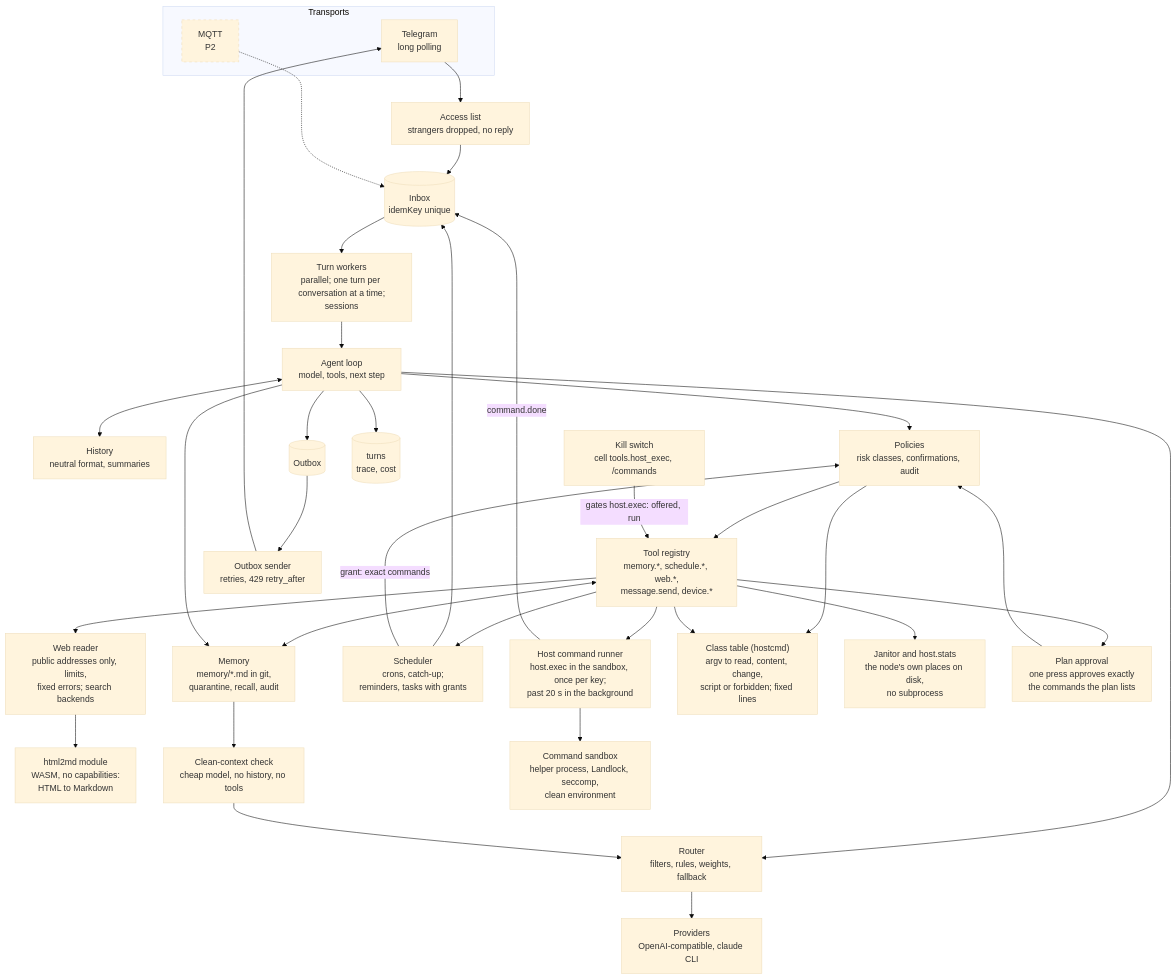
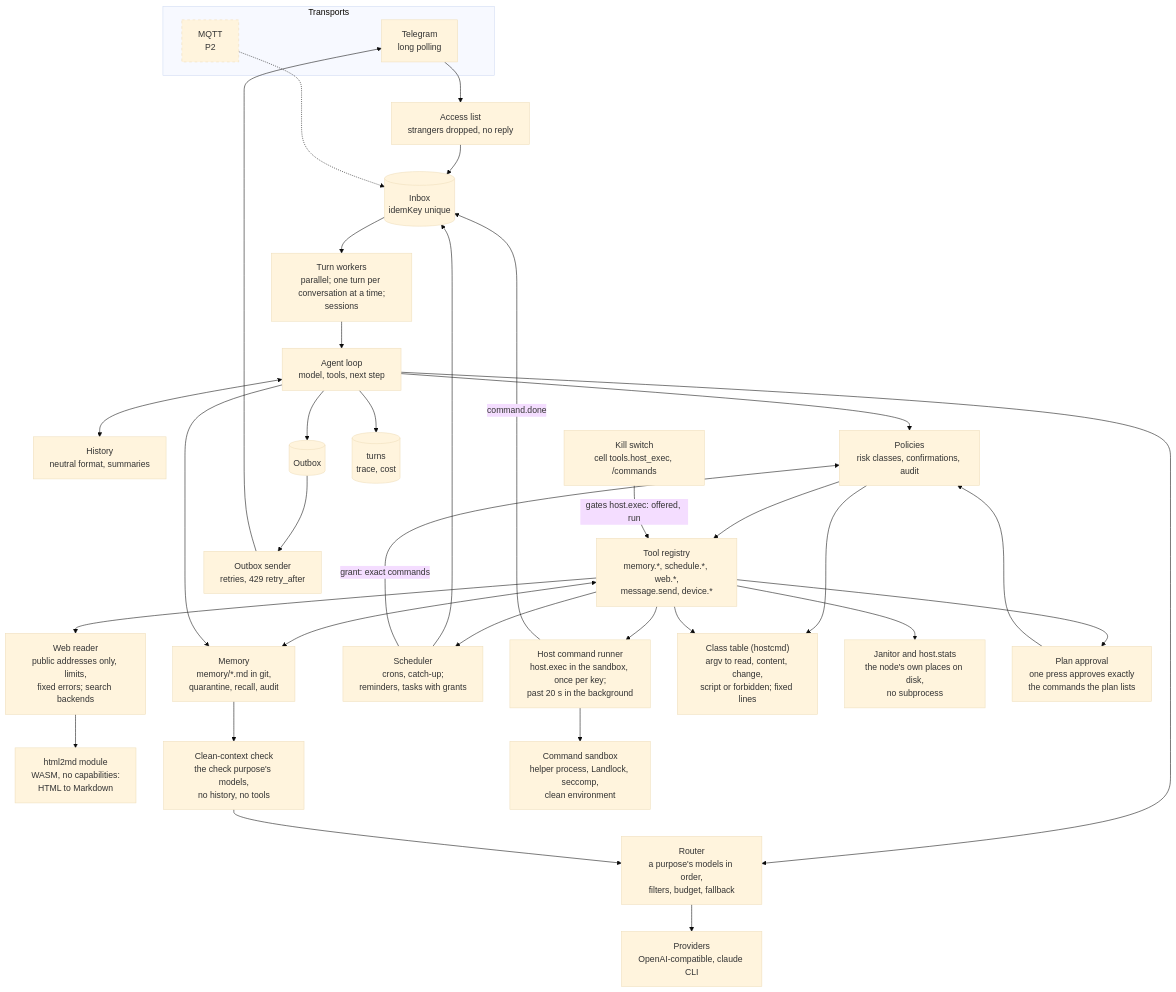
Before and after one commit to igorrius/ganglion: the first of 3 diagrams in docs/architecture/03-components.md, drawn with Mermaid (base theme). The commit also changed other lines of this file and 64 other files, not shown here.

Commit message:
settings: the node reads ganglion.yaml; models by purpose with effort; retired variables fail the start (R-CFG-1,5,7, R-RTR-6)

````diff
--- a/docs/architecture/03-components.md
+++ b/docs/architecture/03-components.md
@@ -8,67 +8,67 @@
 ```mermaid
 flowchart TB
     subgraph transports["Transports"]
         tgt["Telegram<br/>long polling"]
         mqt["MQTT<br/>P2"]
     end
 
     acl["Access list<br/>strangers dropped, no reply"]
     inbox[("Inbox<br/>idemKey unique")]
     actors["Turn workers<br/>parallel; one turn per conversation at a time;<br/>sessions"]
     loop["Agent loop<br/>model, tools, next step"]
     history["History<br/>neutral format, summaries"]
-    router["Router<br/>filters, rules, weights, fallback"]
+    router["Router<br/>a purpose's models in order,<br/>filters, budget, fallback"]
     providers["Providers<br/>OpenAI-compatible, claude CLI"]
     tools["Tool registry<br/>memory.*, schedule.*, web.*,<br/>message.send, device.*"]
     web["Web reader<br/>public addresses only, limits,<br/>fixed errors; search backends"]
     html2md["html2md module<br/>WASM, no capabilities:<br/>HTML to Markdown"]
     policies["Policies<br/>risk classes, confirmations, audit"]
     memory["Memory<br/>memory/*.md in git,<br/>quarantine, recall, audit"]
-    guard["Clean-context check<br/>cheap model, no history, no tools"]
+    guard["Clean-context check<br/>the check purpose's models,<br/>no history, no tools"]
     sched["Scheduler<br/>crons, catch-up;<br/>reminders, tasks with grants"]
     hostrun["Host command runner<br/>host.exec in the sandbox, once per key;<br/>past 20 s in the background"]
     hostcmd["Class table (hostcmd)<br/>argv to read, content, change,<br/>script or forbidden; fixed lines"]
     sandbox["Command sandbox<br/>helper process, Landlock, seccomp,<br/>clean environment"]
     hostjan["Janitor and host.stats<br/>the node's own places on disk,<br/>no subprocess"]
     hostsw["Kill switch<br/>cell tools.host_exec, /commands"]
     planapp["Plan approval<br/>one press approves exactly<br/>the commands the plan lists"]
     outbox[("Outbox")]
     sender["Outbox sender<br/>retries, 429 retry_after"]
     turns[("turns<br/>trace, cost")]
 
     tgt --> acl
     acl --> inbox
     mqt -.-> inbox
     sched --> inbox
     inbox --> actors
     actors --> loop
     loop <--> history
     loop --> router
     router --> providers
     loop --> policies
     policies --> tools
     tools <--> memory
     loop --> memory
     memory --> guard
     guard --> router
     tools --> sched
     tools --> web
     tools --> hostrun
     tools --> hostjan
     policies --> hostcmd
     tools --> hostcmd
     tools --> planapp
     planapp --> policies
     sched -- "grant: exact commands" --> policies
     hostsw -- "gates host.exec: offered, run" --> tools
     hostrun --> sandbox
     hostrun -- "command.done" --> inbox
     web --> html2md
     loop --> outbox
     loop --> turns
     outbox --> sender
     sender --> tgt
 
     classDef planned stroke-dasharray: 5 5
     class mqt planned
 ```
````
